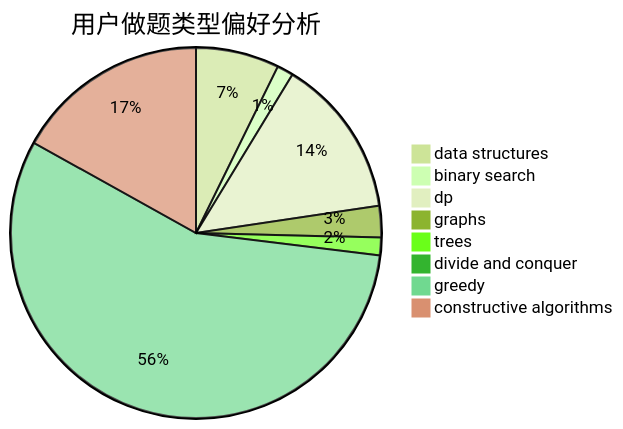
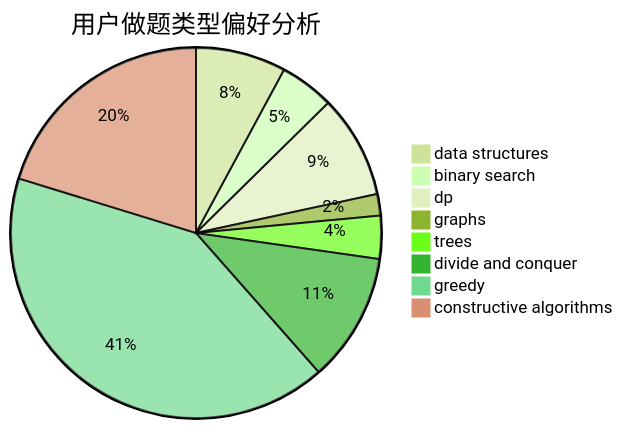
The second of 3 diagrams in docs/user/u811.md (sherpahu/cfrs.github.io), drawn with Mermaid (forest theme) before and after one commit. The commit also changed other lines of this file and 2770 other files, not shown here.

````diff
--- a/docs/user/u811.md
+++ b/docs/user/u811.md
@@ -23,11 +23,11 @@
 ```mermaid
 pie title 用户做题类型偏好分析
-    "data structures" :  61
-    "binary search" :  12
-    "dp" :  117
-    "graphs" :  23
-    "trees" :  13
-    "divide and conquer" :  4
-    "greedy" :  471
-    "constructive algorithms" :  142
+    "data structures" :  63
+    "binary search" :  38
+    "dp" :  72
+    "graphs" :  15
+    "trees" :  30
+    "divide and conquer" :  90
+    "greedy" :  330
+    "constructive algorithms" :  162
 ```
````
